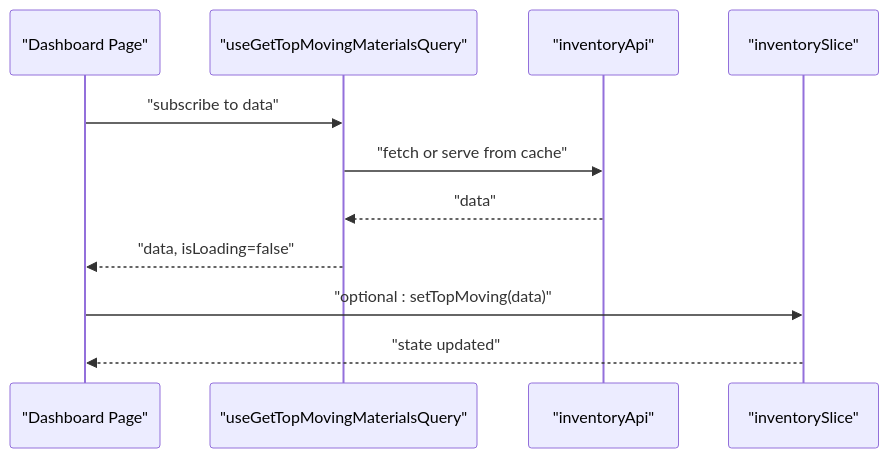
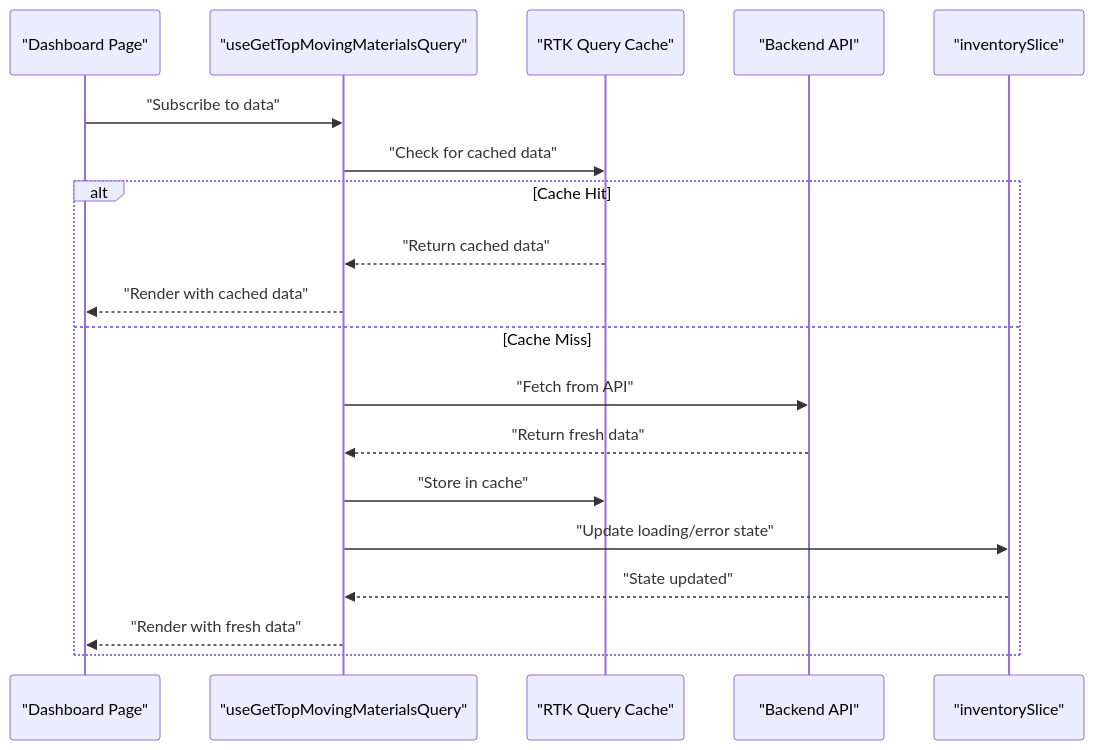
Before and after one commit to cacamarica/dashboard-ai: the fourth of 8 diagrams in .qoder/repowiki/en/content/State Management.md, drawn with Mermaid. The commit also changed other lines of this file and 14 other files, not shown here.

````diff
--- a/.qoder/repowiki/en/content/State Management.md
+++ b/.qoder/repowiki/en/content/State Management.md
@@ -197,13 +259,21 @@
 ```mermaid
 sequenceDiagram
-participant Page as "Dashboard Page"
-participant Hook as "useGetTopMovingMaterialsQuery"
-participant API as "inventoryApi"
+participant Dashboard as "Dashboard Page"
+participant RTKHook as "useGetTopMovingMaterialsQuery"
+participant Cache as "RTK Query Cache"
+participant Server as "Backend API"
 participant Slice as "inventorySlice"
-Page->>Hook : "subscribe to data"
-Hook->>API : "fetch or serve from cache"
-API-->>Hook : "data"
-Hook-->>Page : "data, isLoading=false"
-Page->>Slice : "optional : setTopMoving(data)"
-Slice-->>Page : "state updated"
+Dashboard->>RTKHook : "Subscribe to data"
+RTKHook->>Cache : "Check for cached data"
+alt Cache Hit
+Cache-->>RTKHook : "Return cached data"
+RTKHook-->>Dashboard : "Render with cached data"
+else Cache Miss
+RTKHook->>Server : "Fetch from API"
+Server-->>RTKHook : "Return fresh data"
+RTKHook->>Cache : "Store in cache"
+RTKHook->>Slice : "Update loading/error state"
+Slice-->>RTKHook : "State updated"
+RTKHook-->>Dashboard : "Render with fresh data"
+end
 ```
````
